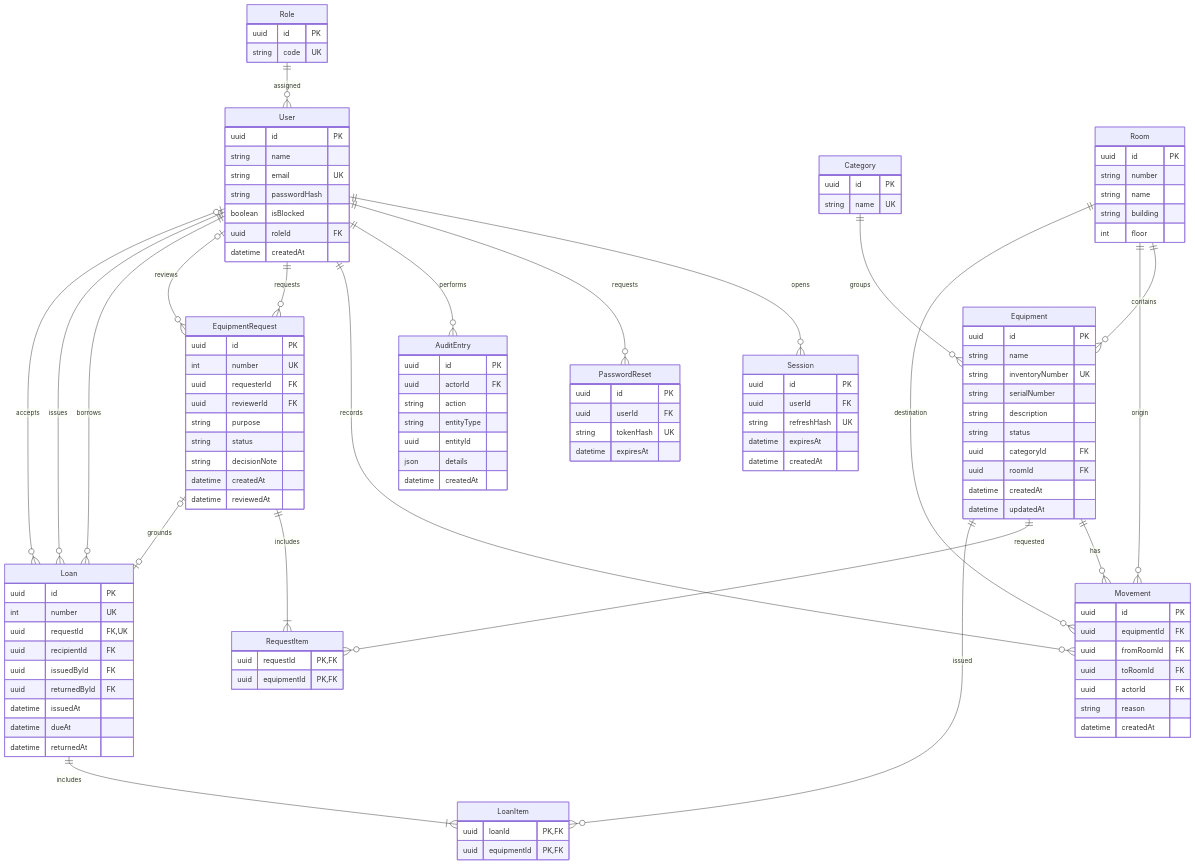
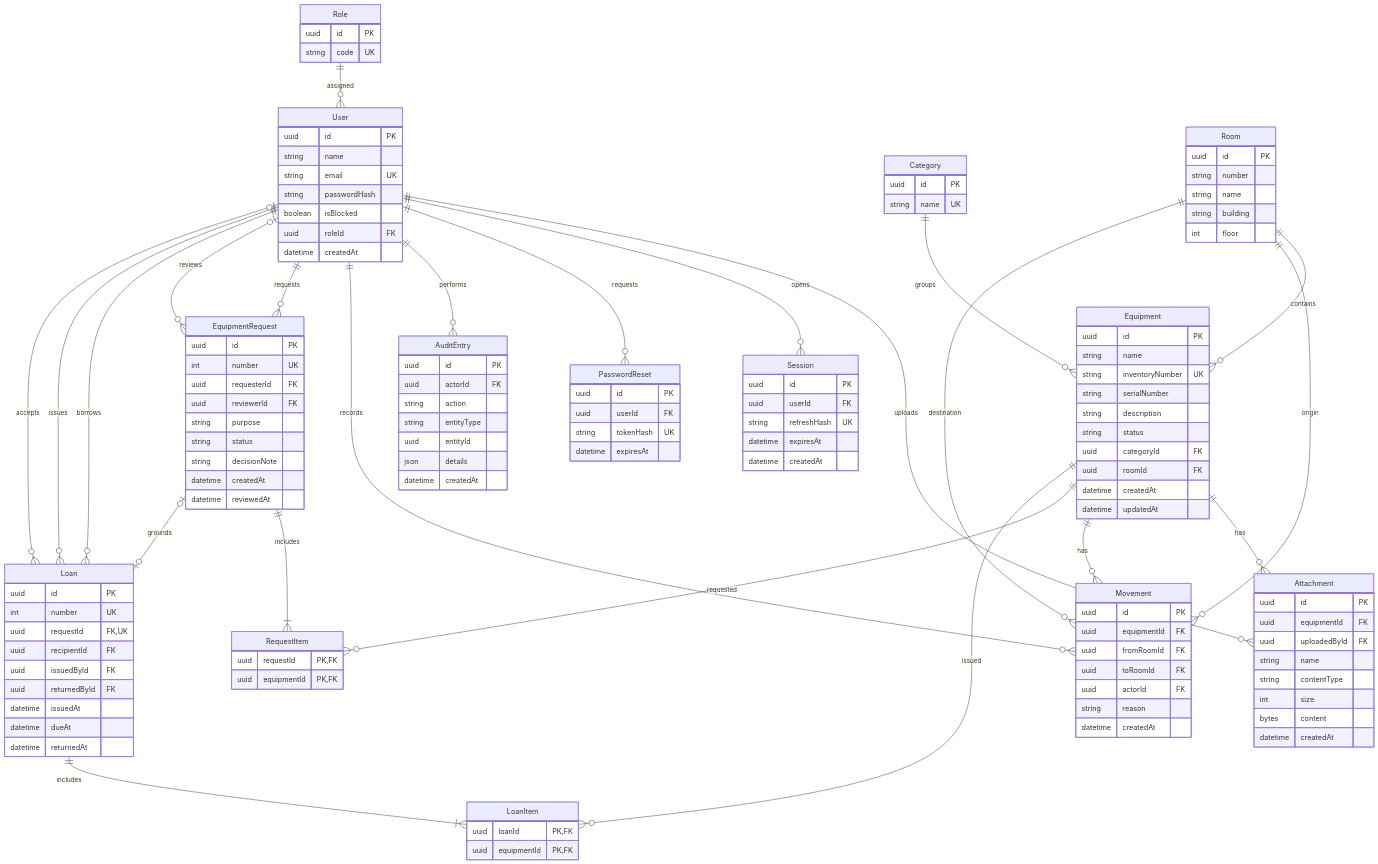
The second of 2 diagrams in docs/architecture.md (Samirrrrr123/college-inventory), drawn with Mermaid before and after one commit. The commit also changed other lines of this file and 27 other files, not shown here.

````diff
--- a/docs/architecture.md
+++ b/docs/architecture.md
@@ -83,5 +37,7 @@
 ```mermaid
 erDiagram
+    Equipment ||--o{ Attachment : has
+    User ||--o{ Attachment : uploads
     Role ||--o{ User : assigned
     User ||--o{ Session : opens
     User ||--o{ PasswordReset : requests
@@ -103,6 +59,16 @@
     Loan ||--|{ LoanItem : includes
     Equipment ||--o{ LoanItem : issued
 
+    Attachment {
+        uuid id PK
+        uuid equipmentId FK
+        uuid uploadedById FK
+        string name
+        string contentType
+        int size
+        bytes content
+        datetime createdAt
+    }
     Role {
         uuid id PK
         string code UK
````
